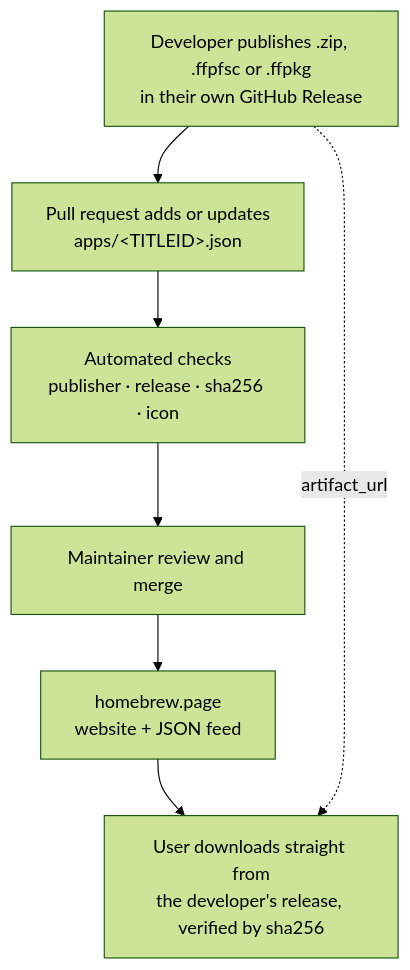
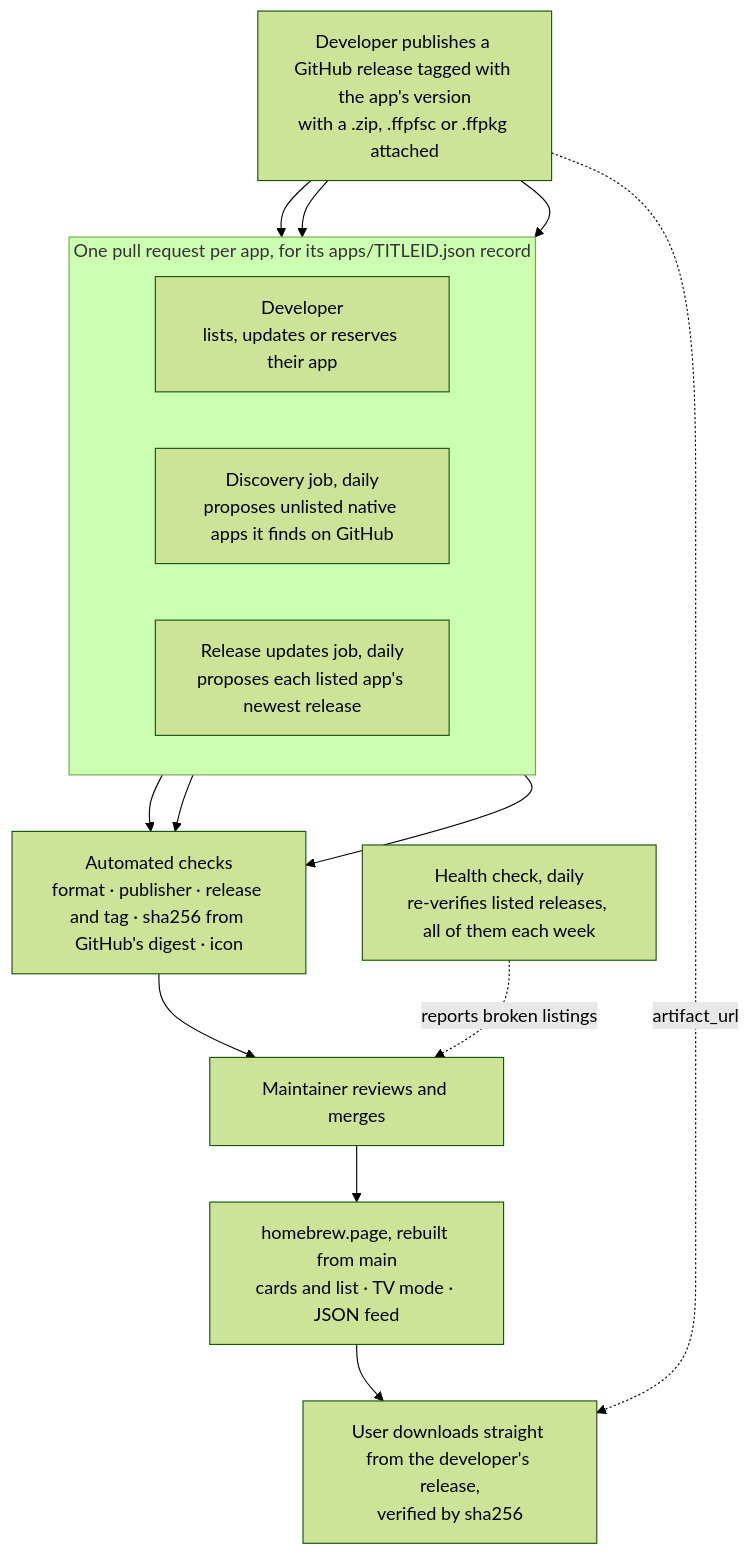
Before and after one commit to GordonProsperoMan/ps5-homebrew-catalog: the diagram in README.md, drawn with Mermaid (forest theme). The commit also changed other lines of this file, not shown here.

Commit message:
Update the README diagram for discovery, release updates, the health check and TV mode

````diff
--- a/README.md
+++ b/README.md
@@ -19,12 +19,23 @@
 ```mermaid
 flowchart TB
-    dev["Developer publishes .zip, .ffpfsc or .ffpkg<br/>in their own GitHub Release"]
-    pr["Pull request adds or updates<br/>apps/&lt;TITLEID&gt;.json"]
-    checks["Automated checks<br/>publisher · release · sha256 · icon"]
-    review["Maintainer review and merge"]
-    site["homebrew.page<br/>website + JSON feed"]
-    user["User downloads straight from<br/>the developer's release, verified by sha256"]
+    release["Developer publishes a GitHub release tagged with the app's version<br/>with a .zip, .ffpfsc or .ffpkg attached"]
 
-    dev --> pr --> checks --> review --> site --> user
-    dev -. artifact_url .-> user
+    subgraph prs["One pull request per app, for its apps/TITLEID.json record"]
+        direction LR
+        dev["Developer<br/>lists, updates or reserves their app"]
+        discovery["Discovery job, daily<br/>proposes unlisted native apps it finds on GitHub"]
+        updates["Release updates job, daily<br/>proposes each listed app's newest release"]
+    end
+
+    checks["Automated checks<br/>format · publisher · release and tag · sha256 from GitHub's digest · icon"]
+    review["Maintainer reviews and merges"]
+    site["homebrew.page, rebuilt from main<br/>cards and list · TV mode · JSON feed"]
+    user["User downloads straight from the developer's release,<br/>verified by sha256"]
+    health["Health check, daily<br/>re-verifies listed releases, all of them each week"]
+
+    release --> dev & discovery & updates
+    dev & discovery & updates --> checks
+    checks --> review --> site --> user
+    release -. artifact_url .-> user
+    health -. reports broken listings .-> review
 ```
````
